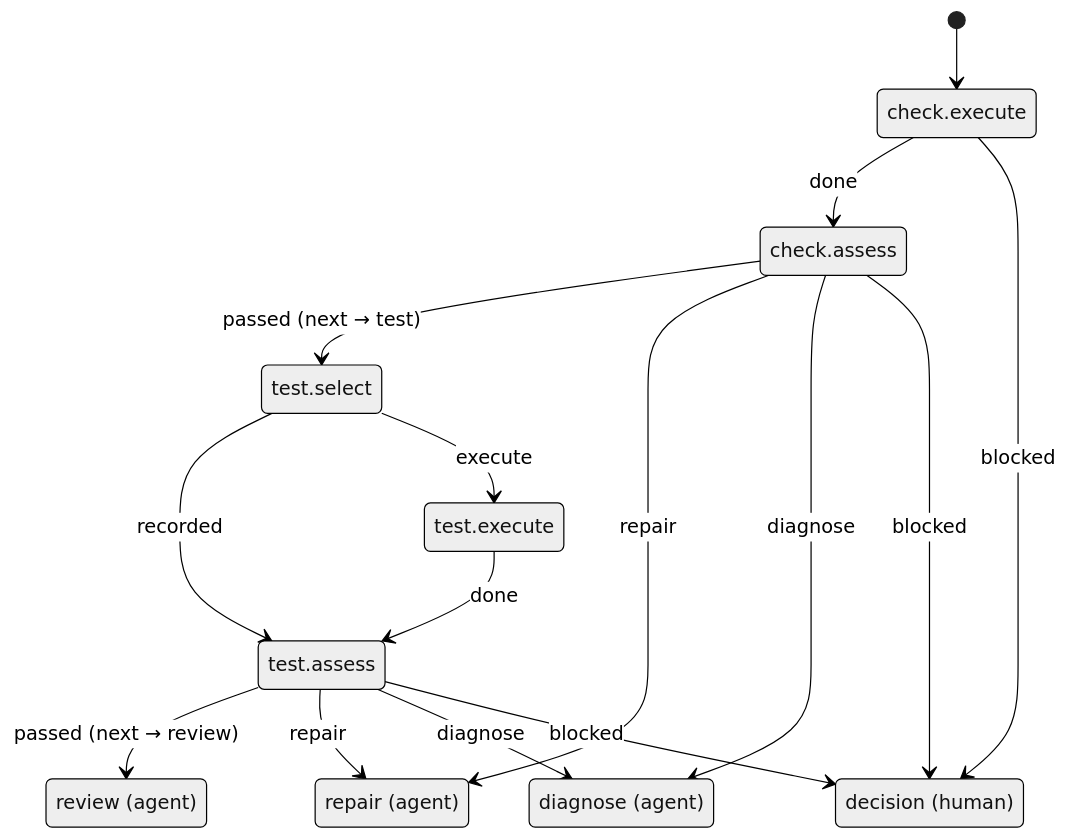
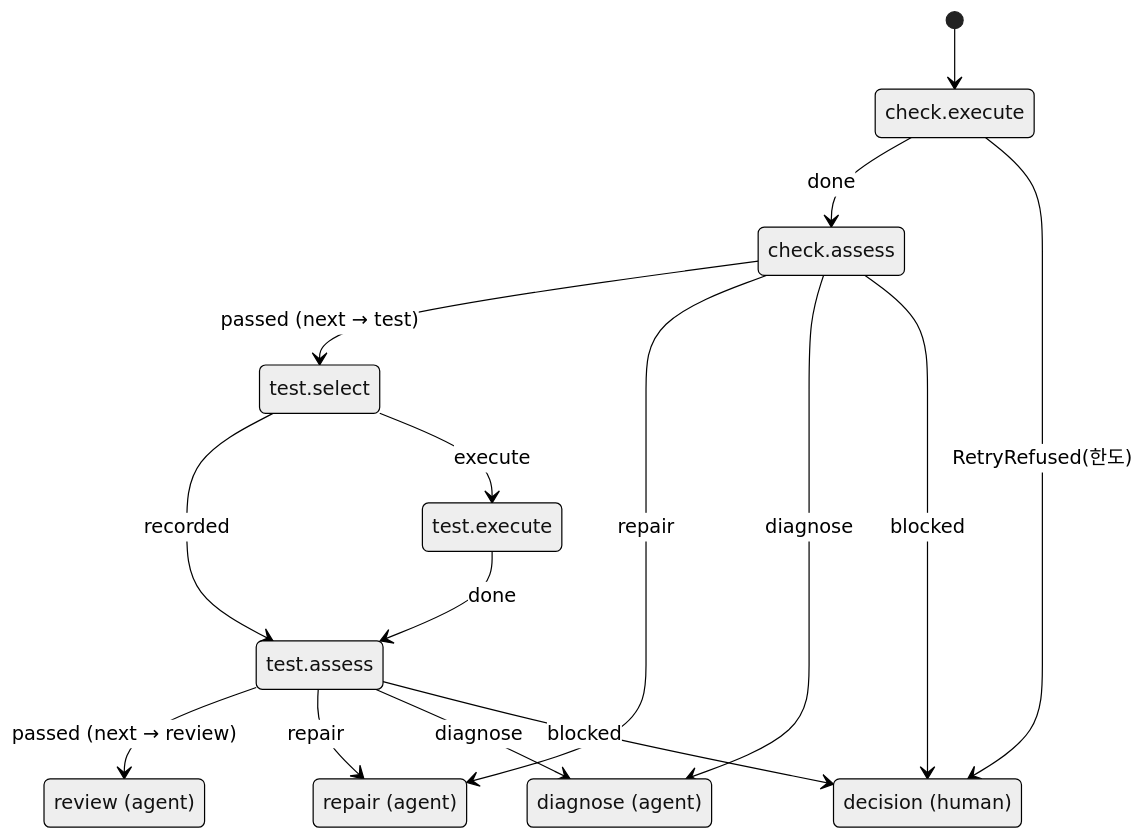
The third of 3 diagrams in doc/process-flow.md (collenkim/code-agent), drawn with Mermaid (neutral theme) before and after one commit. The commit also changed other lines of this file and 29 other files, not shown here.

````diff
--- a/doc/process-flow.md
+++ b/doc/process-flow.md
@@ -259,26 +259,26 @@
 ```mermaid
 stateDiagram-v2
   state "check.execute" as CE
   state "check.assess" as CA
   state "test.select" as TSel
   state "test.execute" as TE
   state "test.assess" as TA
   state "review (agent)" as RV
   state "repair (agent)" as RP
   state "diagnose (agent)" as DG
   state "decision (human)" as DC
   [*] --> CE
   CE --> CA : done
-  CE --> DC : blocked
+  CE --> DC : RetryRefused(한도)
   CA --> TSel : passed (next → test)
   CA --> RP : repair
   CA --> DG : diagnose
   CA --> DC : blocked
   TSel --> TA : recorded
   TSel --> TE : execute
   TE --> TA : done
   TA --> RV : passed (next → review)
   TA --> RP : repair
   TA --> DG : diagnose
   TA --> DC : blocked
 ```
````
